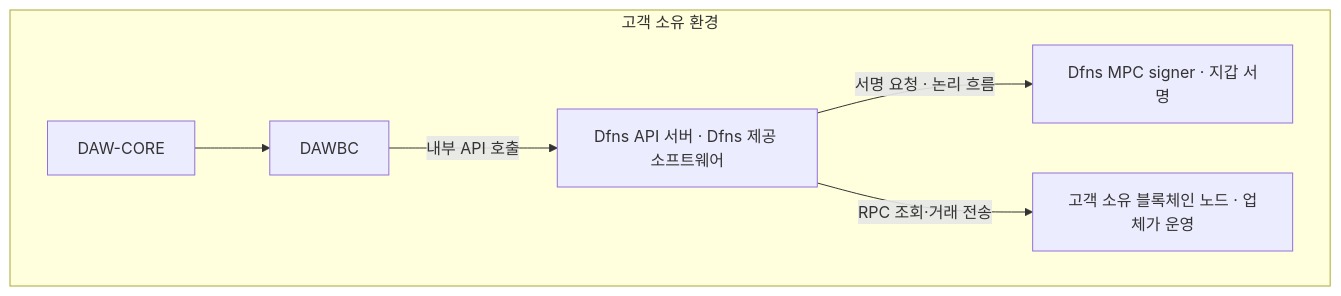
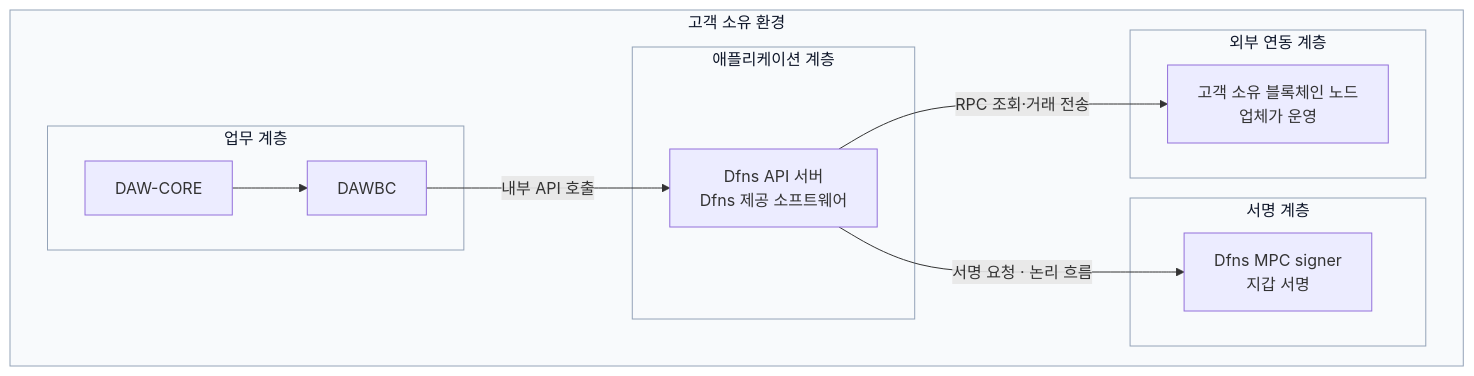
One commit to eunsujeo/eunpus changed the first of 8 diagrams in blockchain-manager/docs/WaaS 도입·구축/Dfns/03-baseline-datacenter-design.md. Above: the diagram before and after it, drawn with Mermaid. The commit also changed other lines of this file and 2 other files, not shown here.

Commit message:
docs: group Dfns Baseline diagrams by architecture layer

````diff
--- a/blockchain-manager/docs/WaaS 도입·구축/Dfns/03-baseline-datacenter-design.md
+++ b/blockchain-manager/docs/WaaS 도입·구축/Dfns/03-baseline-datacenter-design.md
@@ -30,15 +32,29 @@
 ```mermaid
+%%{init: {"themeCSS": "foreignObject { line-height: 1.5; }"}}%%
 flowchart TB
     subgraph CUSTOMER["고객 소유 환경"]
-        CORE["DAW-CORE"]
-        BC["DAWBC"]
-        API["Dfns API 서버 · Dfns 제공 소프트웨어"]
-        SIGN["Dfns MPC signer · 지갑 서명"]
-        NODE["고객 소유 블록체인 노드 · 업체가 운영"]
-
-        CORE --> BC
+        subgraph BUSINESS["업무 계층"]
+            CORE["DAW-CORE"]
+            BC["DAWBC"]
+            CORE --> BC
+        end
+        subgraph APPLICATION["애플리케이션 계층"]
+            API["Dfns API 서버<br/>Dfns 제공 소프트웨어"]
+        end
+        subgraph SIGNING["서명 계층"]
+            SIGN["Dfns MPC signer<br/>지갑 서명"]
+        end
+        subgraph EXTERNAL["외부 연동 계층"]
+            NODE["고객 소유 블록체인 노드<br/>업체가 운영"]
+        end
         BC -->|"내부 API 호출"| API
         API -->|"서명 요청 · 논리 흐름"| SIGN
         API -->|"RPC 조회·거래 전송"| NODE
     end
+
+    style CUSTOMER fill:#f8fafc,stroke:#94a3b8,color:#0f172a
+    style BUSINESS fill:#f8fafc,stroke:#94a3b8,color:#0f172a
+    style APPLICATION fill:#f8fafc,stroke:#94a3b8,color:#0f172a
+    style SIGNING fill:#f8fafc,stroke:#94a3b8,color:#0f172a
+    style EXTERNAL fill:#f8fafc,stroke:#94a3b8,color:#0f172a
 ```
````
